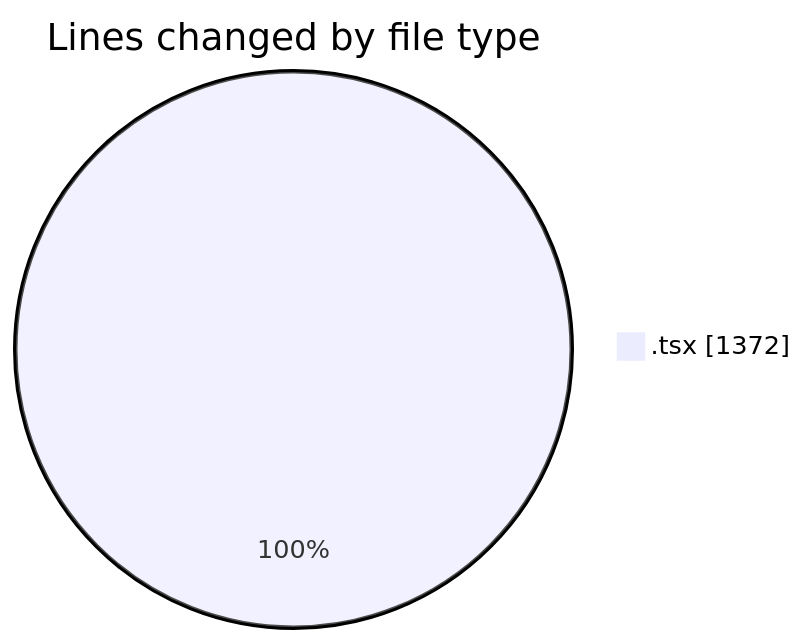
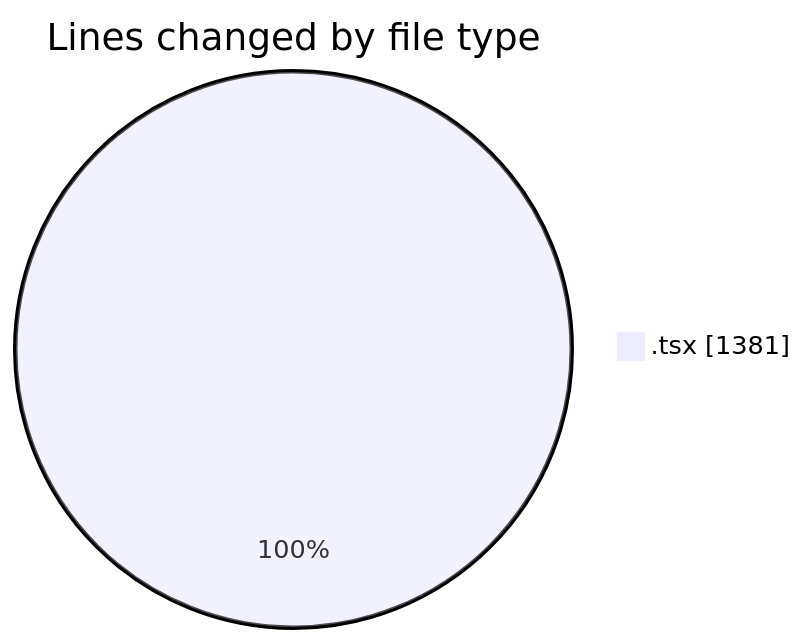
One commit to Elitesun/code-tracking changed the first of 2 diagrams in 2025-05-03/niten/README.md. Above: the diagram before and after it, drawn with Mermaid. The commit also changed other lines of this file and 1 other file, not shown here.

````diff
--- a/2025-05-03/niten/README.md
+++ b/2025-05-03/niten/README.md
@@ -23,5 +23,5 @@
 ```mermaid
 pie showData
 title Lines changed by file type
-".tsx" : 1372
+".tsx" : 1381
 ```
````
